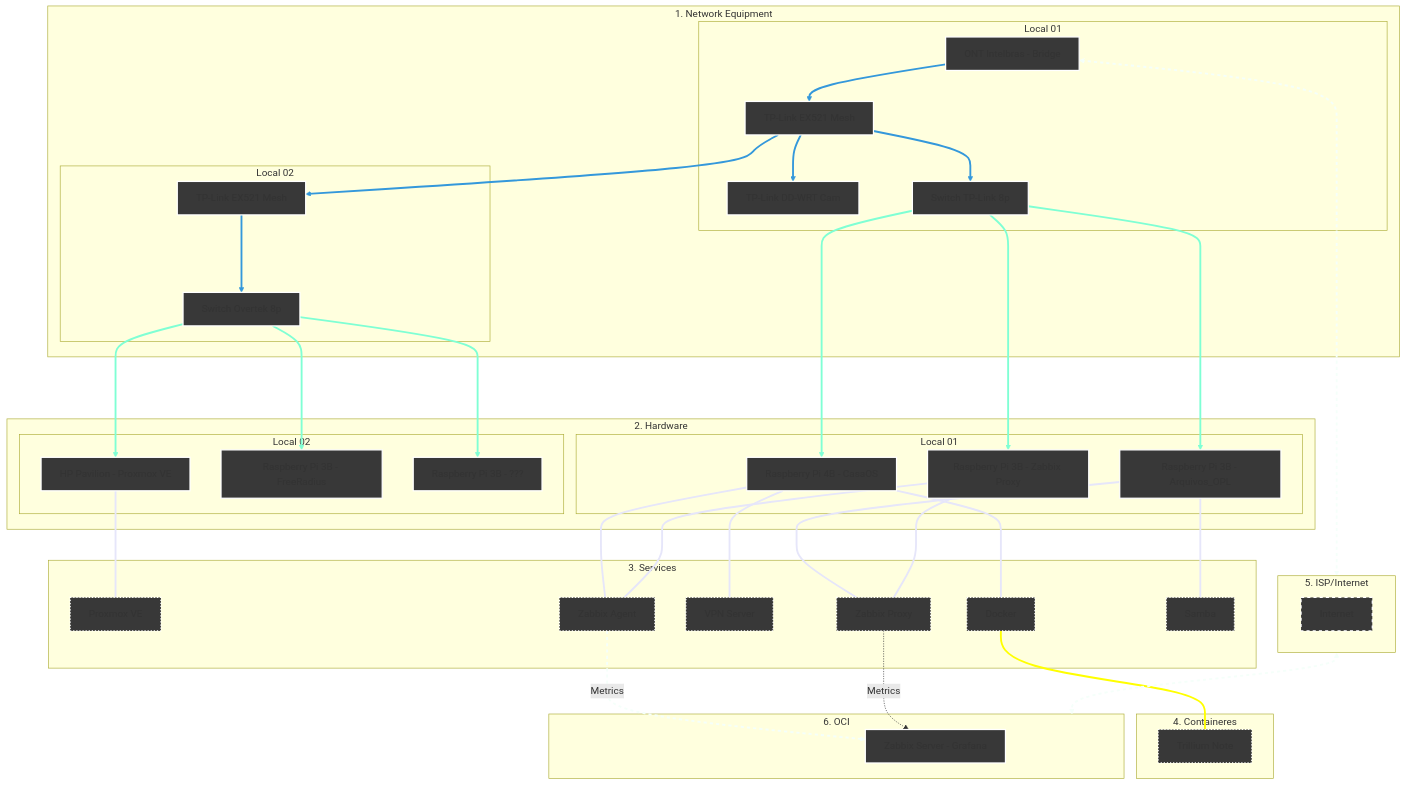
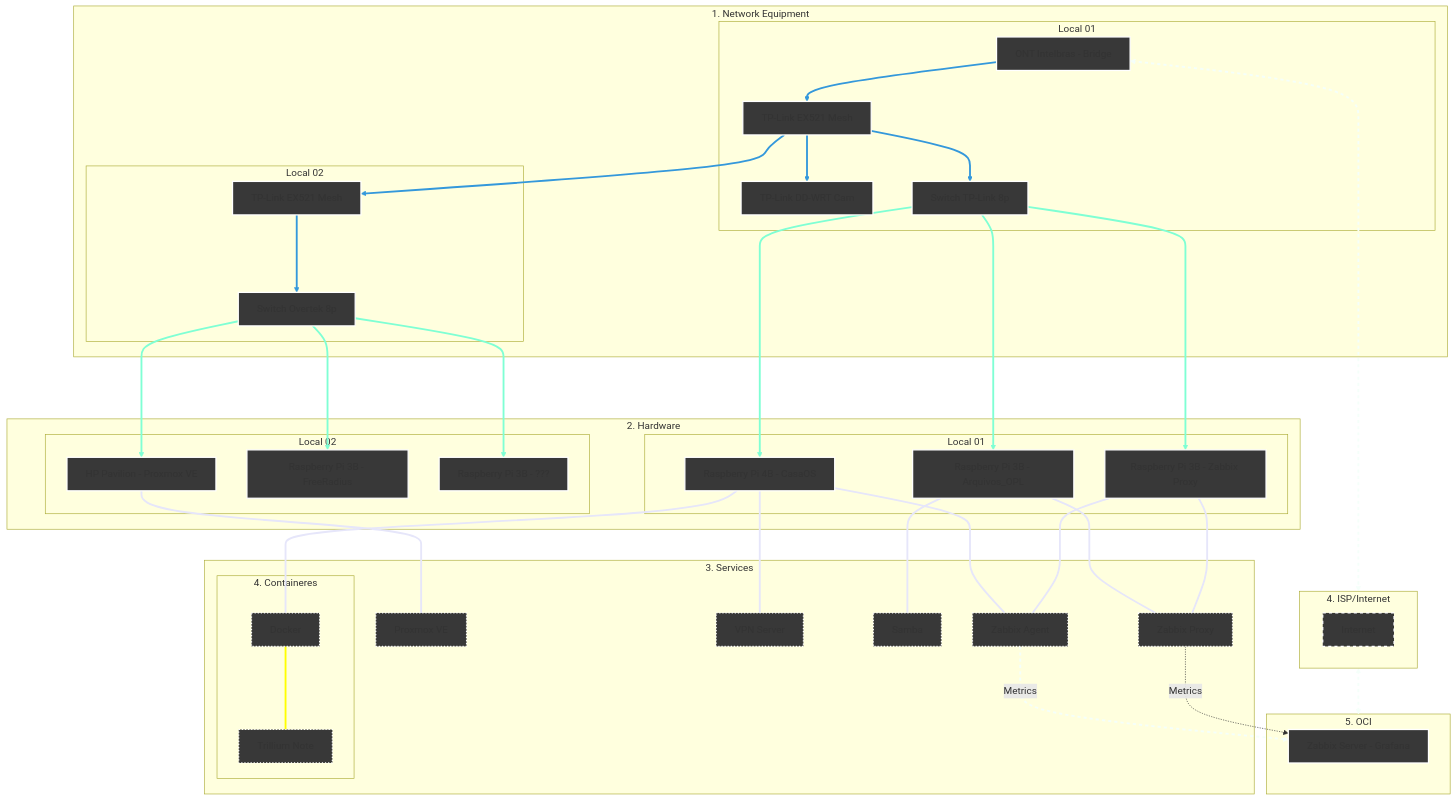
One commit to kevindexter22/Dr-Hardware-Autonet changed the diagram in Infrastructure/README.md. Above: the diagram before and after it, drawn with Mermaid.

Commit message:
Fix section numbers and subgraph labels in README
Updated section numbers and corrected subgraph labels in the README.

````diff
--- a/Infrastructure/README.md
+++ b/Infrastructure/README.md
@@ -13,80 +13,78 @@
 ```mermaid
 graph TD
     %% Styles
     classDef network fill:#383838,stroke:#FFFFFF,stroke-width:2px;
     classDef hardware fill:#383838,stroke:#FFFFFF,stroke-width:2px;
     classDef internet fill:#383838,stroke:#FFFFFF,stroke-width:2px,stroke-dasharray: 5 5;
     classDef services fill:#383838,stroke:#FFFFFF,stroke-width:2px, stroke-dasharray: 2 3;
     classDef oci fill:#383838,stroke:#FFFFFF,stroke-width:2px;
 
     %% 1. NETWORK EQUIPMENT
     subgraph Principal["1. Network Equipment"]
     subgraph S1 [Local 01]
         ONT[ONT Intelbras - Bridge]:::network --> R_Mesh1[TP-Link EX521 Mesh]:::network
         R_Mesh1 --> R_Cams[TP-Link DD-WRT Cam]:::network 
         R_Mesh1 --> SW1[Switch TP-Link 8p]:::network  
     end
     subgraph S2 [Local 02]
         R_Mesh1 --> R_Mesh2[TP-Link EX521 Mesh]:::network
         R_Mesh2 ---> SW2[Switch Overtek 8p]:::network
     end
     end
     
     %% 2. HARDWARE
     subgraph Principal02["2. Hardware"]
     subgraph S3 [Local 01]
         SW1 ---> RPi3B_1[Raspberry Pi 3B - Arquivos_OPL]:::hardware
         SW1 ---> RPi4B[Raspberry Pi 4B - CasaOS]:::hardware
         SW1 ---> RPi3B_2[Raspberry Pi 3B - Zabbix Proxy]:::hardware
     end
     subgraph S4 [Local 02]
         SW2 ---> HP[HP Pavilion - Proxmox VE]:::hardware
         SW2 ---> RPi3B_3[Raspberry Pi 3B - FreeRadius]:::hardware
         SW2 ---> RPi3B_4[Raspberry Pi 3B - ???]:::hardware
     end
     end
 
     %% 3. SERVICES     
     subgraph S5 [3. Services];
         HP --- PVE[Proxmox VE]:::services
         RPi4B --- Docker[Docker]:::services     
         RPi4B --- VPN[VPN Server]:::services
         RPi4B --- ZA[Zabbix Agent]:::services
         RPi3B_1 --- ZP[Zabbix Proxy]:::services
         RPi3B_1 --- SMB1[Samba]:::services
         RPi3B_2 --- ZA[Zabbix Agent]:::services
         RPi3B_2 --- ZP[Zabbix Proxy]:::services
-    end
-
-    %% 4. CONTAINERES     
     subgraph S6 [4. Containeres];
         Docker[Docker] --- Trillium[Trillium Note]:::services
     end
+    end
 
-    %% 5. Internet (The Bridge)
-    subgraph S7 [5. ISP/Internet]
+    %% 4. Internet (The Bridge)
+    subgraph S7 [4. ISP/Internet]
            internet[Internet]:::internet
     end
 
-    %% 6. Oracle Cloud Infrastructure
-    subgraph S8 [6. OCI]
+    %% 5. Oracle Cloud Infrastructure
+    subgraph S8 [5. OCI]
         ZS[Zabbix Server - Grafana]:::oci
     end
 
     %% Conections of data flow
     ONT <--> S7
     S7 <--> S8
     
     %% Logical conections
     ZA -.-> |Metrics| ZS
     ZP -.-> |Metrics| ZS 
 
     %% --- Set collor on conections ---
     
     linkStyle 0,1,2,3,4 stroke:#3498db,stroke-width:3px;
     linkStyle 5,6,7,8,9,10 stroke:#7FFFD4,stroke-width:3px;
     linkStyle 11,12,13,14,15,16,17,18 stroke:#E6E6FA,stroke-width:3px;
     linkStyle 19 stroke:#FFFF00,stroke-width:3px;
     linkStyle 20,21,22 stroke:#F5FFFA,stroke-width:3px,stroke-dasharray: 5 5;
 
 ```
````
